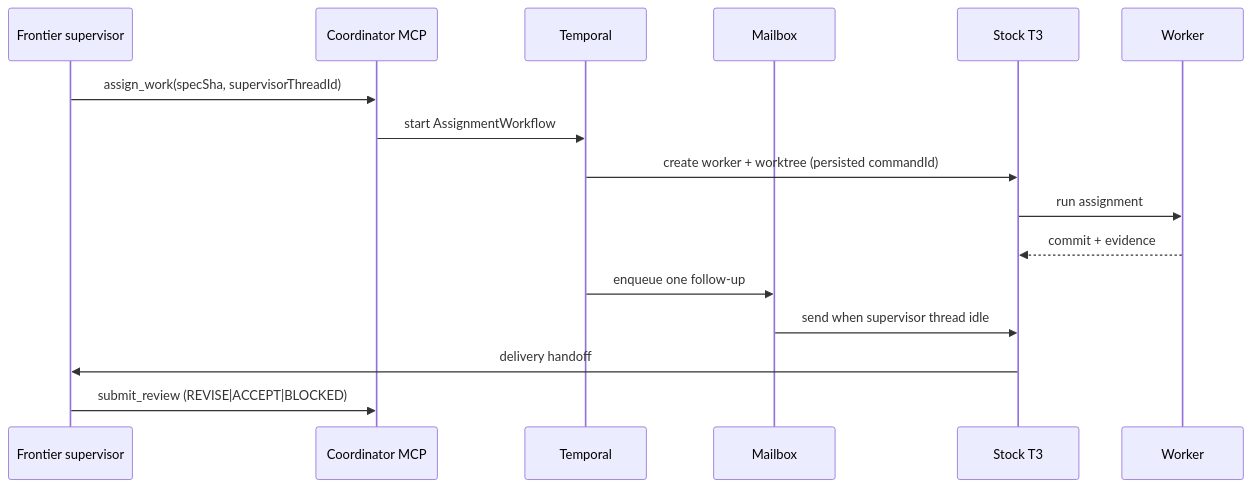
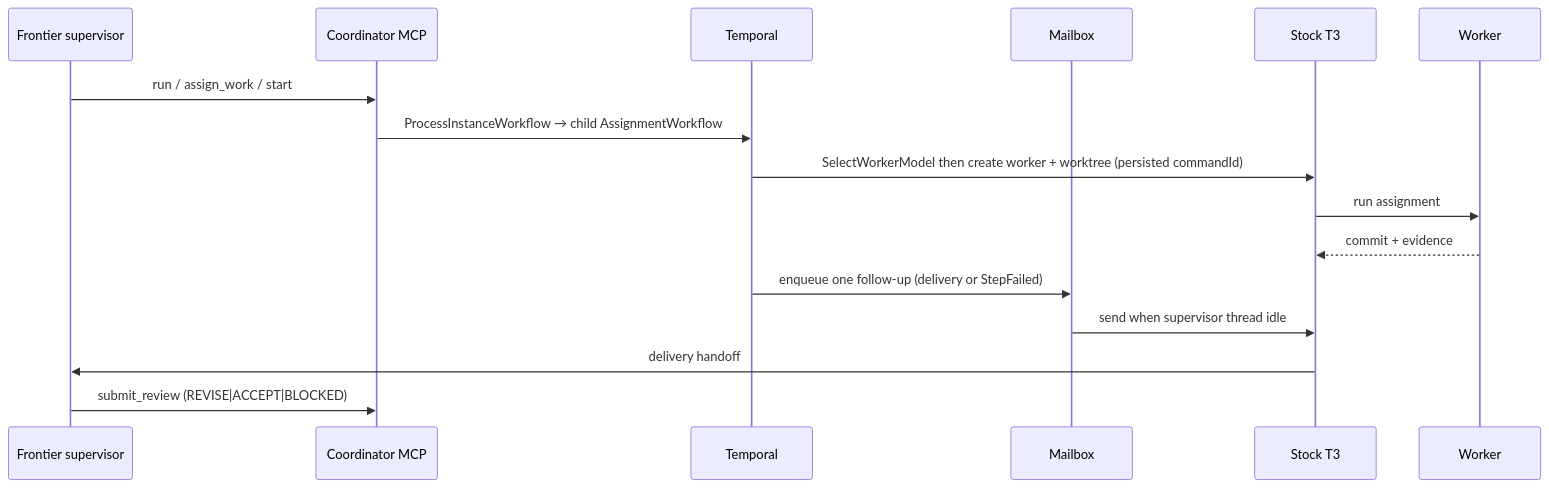
The third of 3 diagrams in docs/engineering/ARCHITECTURE.md (DecisionNerd/t3-coordinator), drawn with Mermaid before and after one commit. The commit also changed other lines of this file and 79 other files, not shown here.

````diff
--- a/docs/engineering/ARCHITECTURE.md
+++ b/docs/engineering/ARCHITECTURE.md
@@ -98,19 +177,19 @@
 ```mermaid
 sequenceDiagram
   participant Sup as Frontier supervisor
   participant MCP as Coordinator MCP
   participant Tw as Temporal
   participant MB as Mailbox
   participant T3 as Stock T3
   participant W as Worker
 
-  Sup->>MCP: assign_work(specSha, supervisorThreadId)
-  MCP->>Tw: start AssignmentWorkflow
-  Tw->>T3: create worker + worktree (persisted commandId)
+  Sup->>MCP: run / assign_work / start
+  MCP->>Tw: ProcessInstanceWorkflow → child AssignmentWorkflow
+  Tw->>T3: SelectWorkerModel then create worker + worktree (persisted commandId)
   T3->>W: run assignment
   W-->>T3: commit + evidence
-  Tw->>MB: enqueue one follow-up
+  Tw->>MB: enqueue one follow-up (delivery or StepFailed)
   MB->>T3: send when supervisor thread idle
   T3->>Sup: delivery handoff
   Sup->>MCP: submit_review (REVISE|ACCEPT|BLOCKED)
 ```
````
